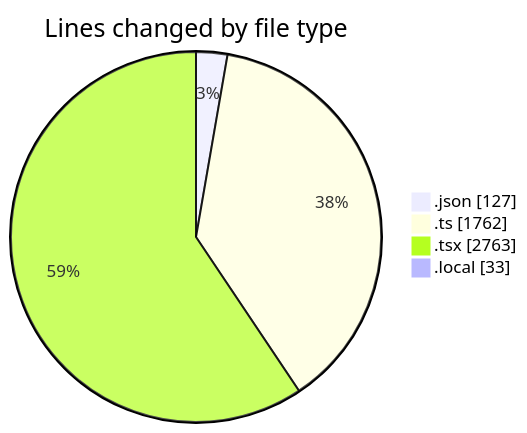
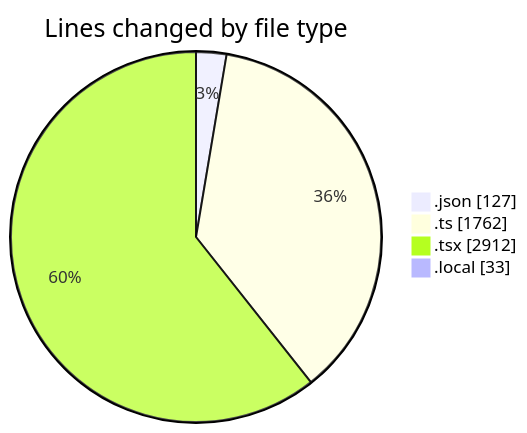
One commit to julien-gomy/code-tracking changed the first of 2 diagrams in 2025-11-12/eventscop-frontend-guide__workspace_/README.md. Above: the diagram before and after it, drawn with Mermaid. The commit also changed other lines of this file and 1 other file, not shown here.

````diff
--- a/2025-11-12/eventscop-frontend-guide__workspace_/README.md
+++ b/2025-11-12/eventscop-frontend-guide__workspace_/README.md
@@ -48,8 +48,8 @@
 ```mermaid
 pie showData
 title Lines changed by file type
 ".json" : 127
 ".ts" : 1762
-".tsx" : 2763
+".tsx" : 2912
 ".local" : 33
 ```
````
